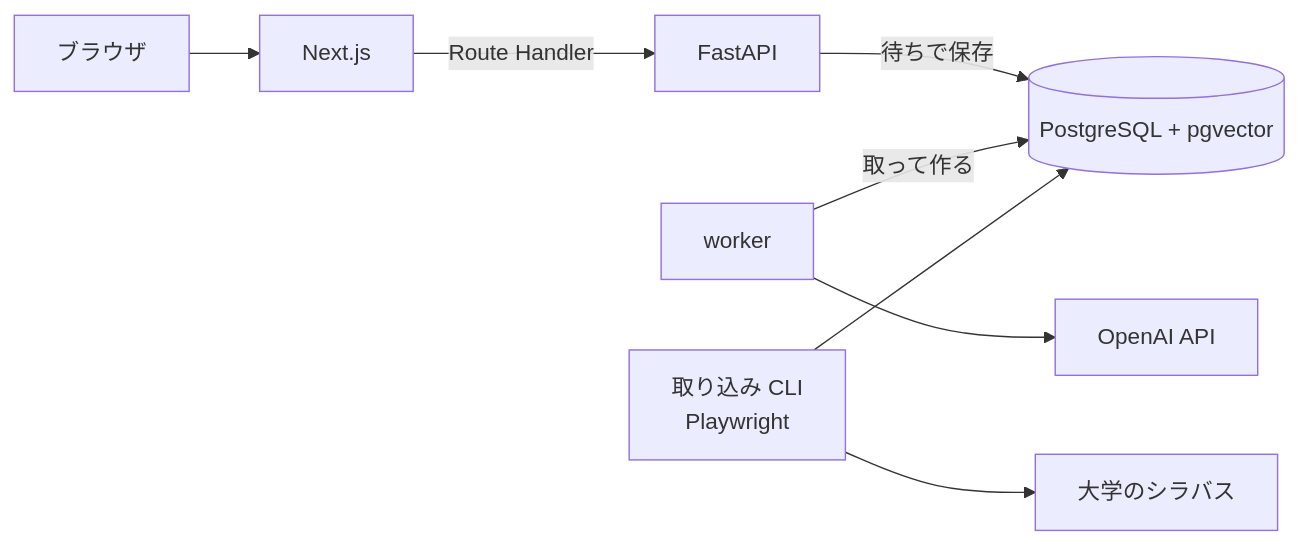
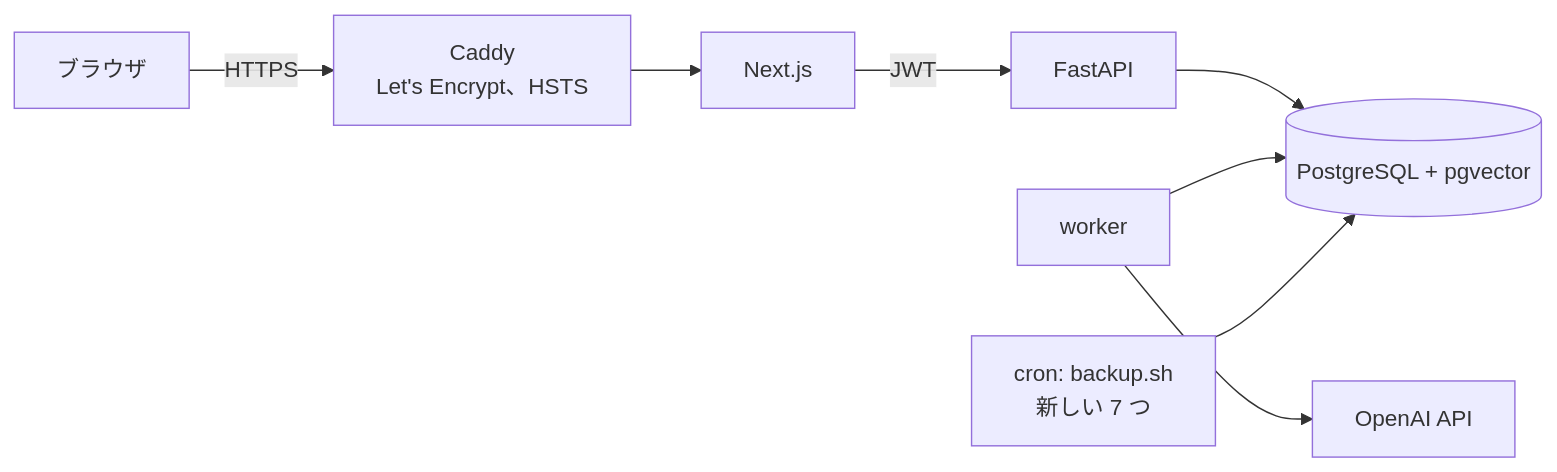
Before and after one commit to h11roki/Shirube: the fourth of 5 diagrams in README.md, drawn with Mermaid. The commit also changed other lines of this file, not shown here.

````diff
--- a/README.md
+++ b/README.md
@@ -17,10 +128,10 @@
 ```mermaid
 flowchart LR
-  U[ブラウザ] --> F[Next.js]
-  F -->|Route Handler| B[FastAPI]
-  B -->|待ちで保存| P[(PostgreSQL + pgvector)]
-  W[worker] -->|取って作る| P
+  U[ブラウザ] -->|HTTPS| C["Caddy<br/>Let's Encrypt、HSTS"]
+  C --> F[Next.js]
+  F -->|JWT| B[FastAPI]
+  B --> P[(PostgreSQL + pgvector)]
+  W[worker] --> P
   W --> O[OpenAI API]
-  C[取り込み CLI<br/>Playwright] --> S[大学のシラバス]
-  C --> P
+  K["cron: backup.sh<br/>新しい 7 つ"] --> P
 ```
````
